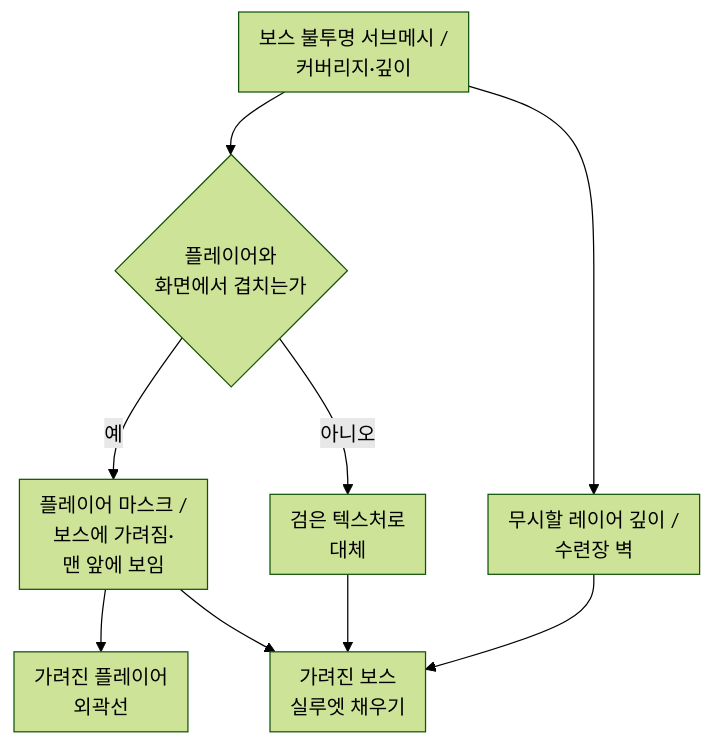
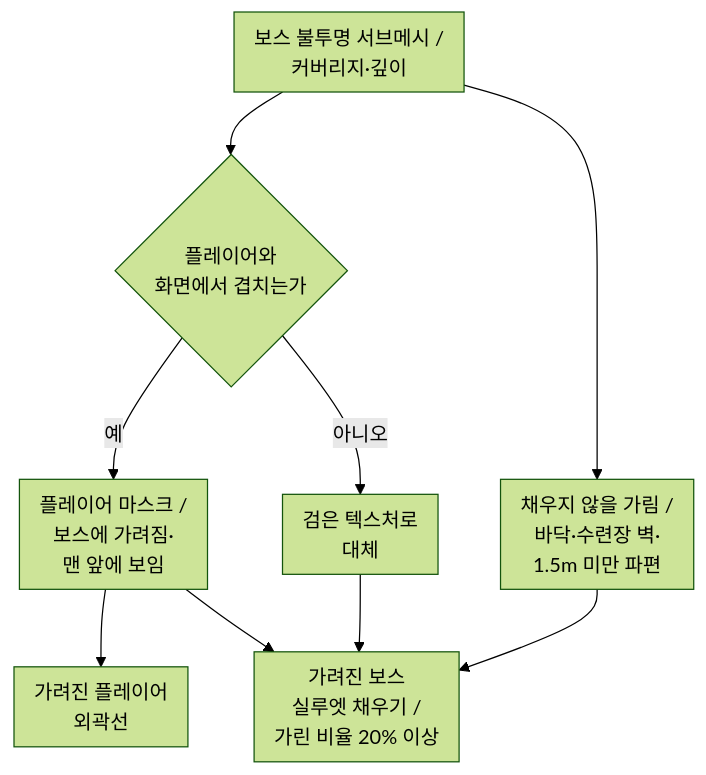
One commit to keeeery/portfolio changed diagram 14 of 15 in src/1-ODDITY/TechDoc_ODDITY.md. Above: the diagram before and after it, drawn with Mermaid (forest theme). The commit also changed other lines of this file and 12 other files, not shown here.

````diff
--- a/src/1-ODDITY/TechDoc_ODDITY.md
+++ b/src/1-ODDITY/TechDoc_ODDITY.md
@@ -1526,16 +1511,16 @@
 ```mermaid
 %%{init: {"flowchart": {"padding": 8}}}%%
 flowchart TB
     Boss[보스 불투명 서브메시 /<br>커버리지·깊이] --> Player{플레이어와<br>화면에서 겹치는가}
     Player -->|예| PMask[플레이어 마스크 /<br>보스에 가려짐·<br>맨 앞에 보임]
     Player -->|아니오| Black[검은 텍스처로<br>대체]
-    Boss --> Ignore[무시할 레이어 깊이 /<br>수련장 벽]
+    Boss --> Ignore[채우지 않을 가림 /<br>바닥·수련장 벽·<br>1.5m 미만 파편]
     PMask --> Outline[가려진 플레이어<br>외곽선]
-    PMask --> Fill[가려진 보스<br>실루엣 채우기]
+    PMask --> Fill[가려진 보스<br>실루엣 채우기 /<br>가린 비율 20% 이상]
     Black --> Fill
     Ignore --> Fill
 %% 격자: Boss Player - - | Ignore Black PMask Outline | - Fill - -
 %% 화살표 Player -> PMask: 나감=오른쪽 들어감=위
 %% 화살표 PMask -> Fill: 나감=아래 들어감=오른쪽
 %% 화살표 Ignore -> Fill: 나감=아래 들어감=왼쪽
 ```
````
